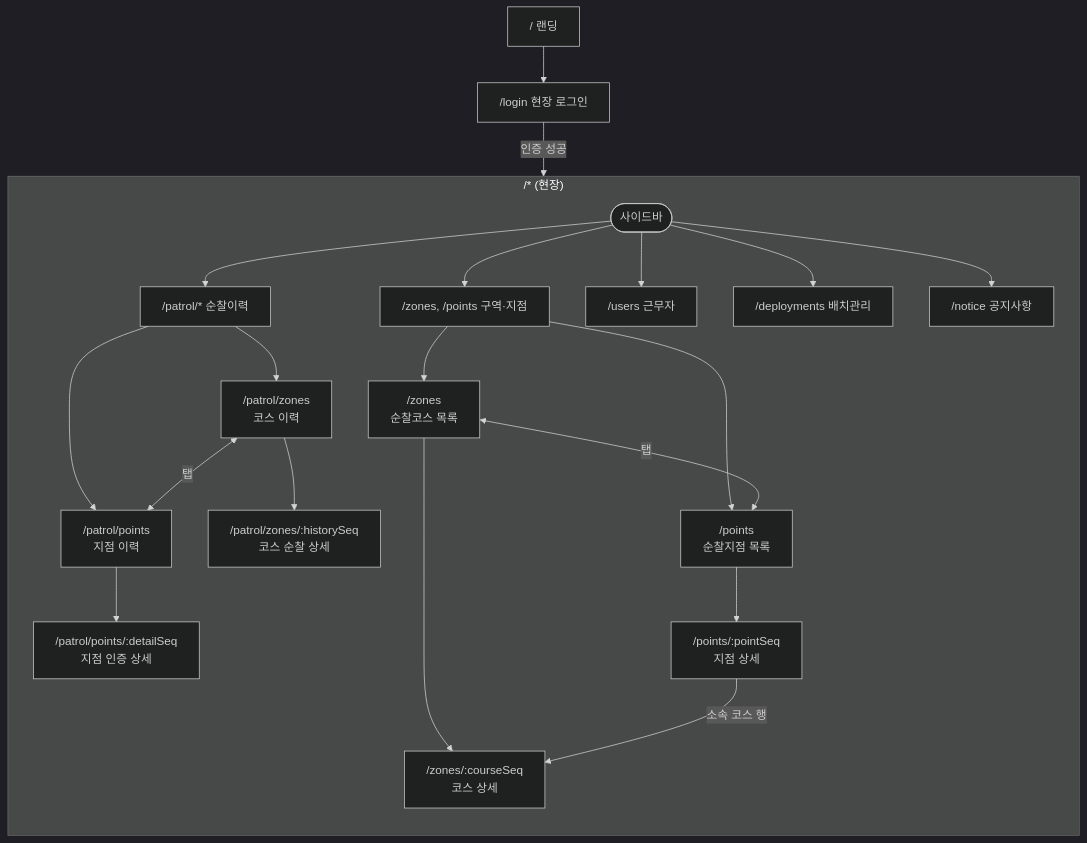
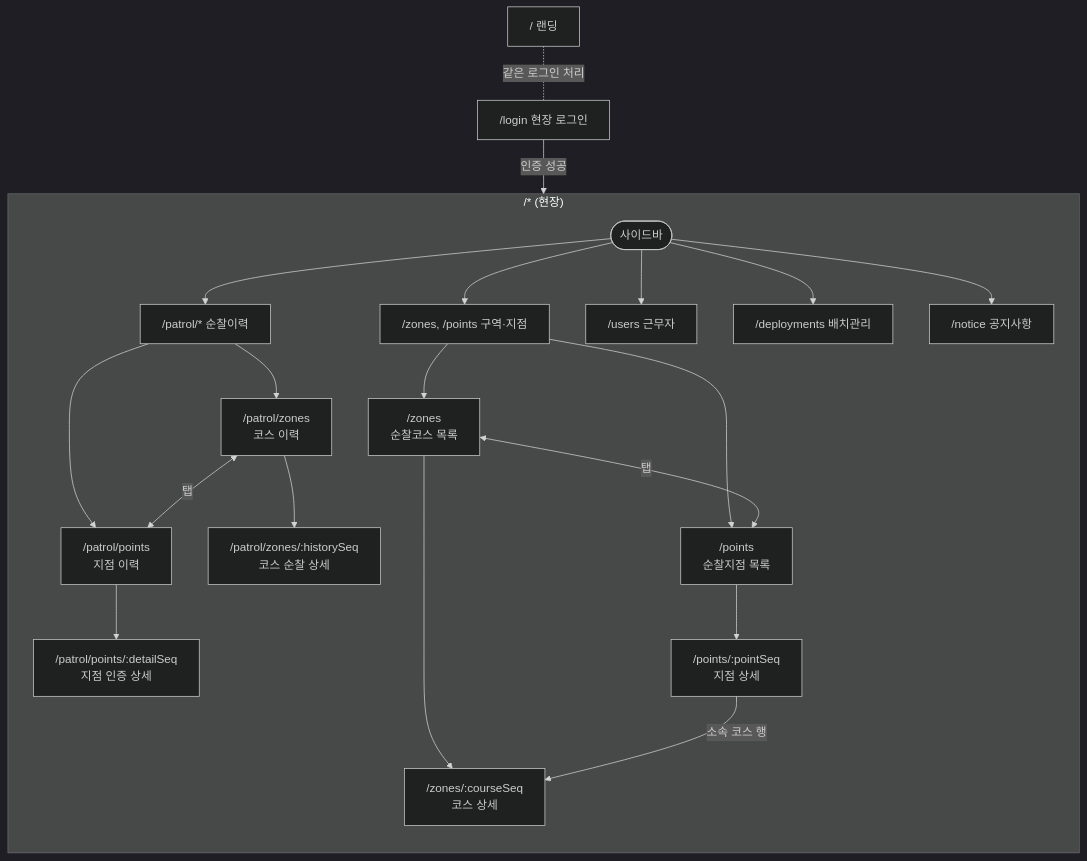
Before and after one commit to S-Tec-System-R-D/s-patrol_fe: the second of 15 diagrams in docs/flow.md, drawn with Mermaid. The commit also changed other lines of this file and 5 other files, not shown here.

Commit message:
docs : 062 — spec · tasks(T1070~T1079 · 결정 표 · 위험도 C → B) · 목업 ui-mock/login-landing-mock.webp(배치 참고) · screens 랜딩 ✓ · flow §0 규칙 · 다이어그램 3곳 · roadmap 062 행 · Phase 6 남은 항목에서 랜딩 제거

````diff
--- a/docs/flow.md
+++ b/docs/flow.md
@@ -84,32 +84,32 @@
 ```mermaid
 %%{init: {'theme':'dark'}}%%
 flowchart TB
     Landing["/ 랜딩"]
     Login["/login 현장 로그인"]
-    Landing --> Login
+    Landing -. "같은 로그인 처리" .- Login
 
     subgraph Service["/* (현장)"]
         direction TB
         SBar([사이드바])
         SBar --> Patrol["/patrol/* 순찰이력"]
         SBar --> ZP["/zones, /points 구역·지점"]
         SBar --> Users["/users 근무자"]
         SBar --> Deploy["/deployments 배치관리"]
         SBar --> Notice["/notice 공지사항"]
 
         Patrol --> PZ["/patrol/zones<br/>코스 이력"]
         Patrol --> PP["/patrol/points<br/>지점 이력"]
         PZ <-->|탭| PP
         PZ --> PZD["/patrol/zones/:historySeq<br/>코스 순찰 상세"]
         PP --> PPD["/patrol/points/:detailSeq<br/>지점 인증 상세"]
 
         ZP --> Z["/zones<br/>순찰코스 목록"]
         ZP --> P["/points<br/>순찰지점 목록"]
         Z --> ZD["/zones/:courseSeq<br/>코스 상세"]
         P --> PD["/points/:pointSeq<br/>지점 상세"]
         PD -- "소속 코스 행" --> ZD
         Z <-->|탭| P
     end
 
     Login -- 인증 성공 --> SBar
 ```
````
